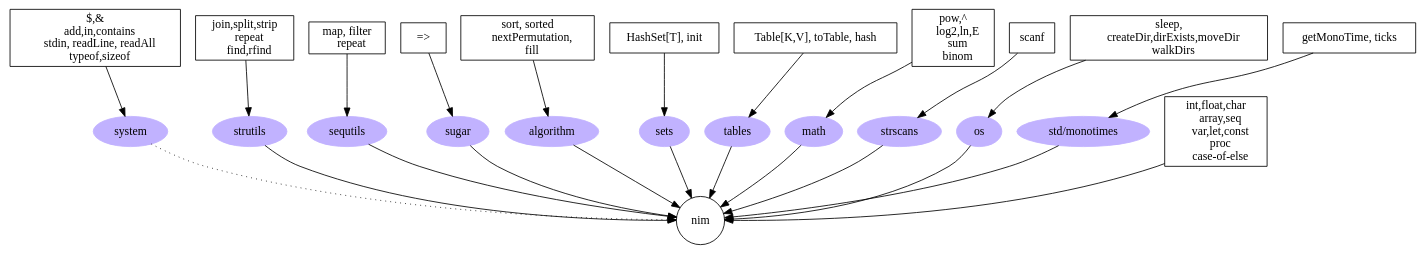
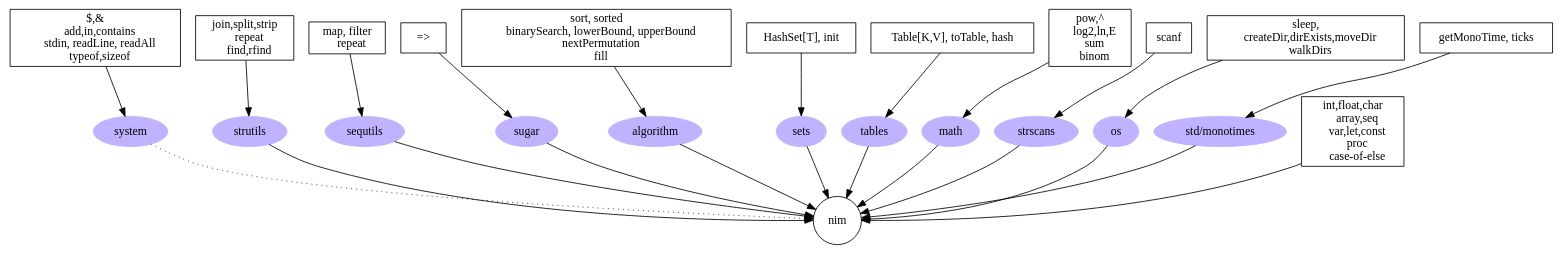
Before and after one commit to czylabsonasa/learnnim: the diagram in graphViz/rajz.gv, drawn with Graphviz. The commit also changed 3 other files, not shown here.

```diff
--- a/graphViz/rajz.gv
+++ b/graphViz/rajz.gv
@@ -1,122 +1,123 @@
 digraph G { 
   nim 
     [shape = circle, URL = "https://nim-lang.org"] ;
   
   system, strutils, 
   sequtils, sugar, 
   algorithm, sets, tables, 
   math, strscans, os, monotimes
     [style = filled, color = "0.7 0.3 1.0"] ;
   
   monotimes [label="std/monotimes"]
 
 
   nim0 [ label = 
     "int,float,char
     array,seq
     var,let,const
     proc
     case-of-else", 
   shape = box ]
   nim0 -> nim ;
   
 /* ************ */
   system -> nim [style = dotted] ;
   system0 [ label = 
     "$,&
     add,in,contains
     stdin, readLine, readAll
     typeof,sizeof", 
   shape = box] ;
   system0 -> system ;
 
 /* ************ */
   strutils -> nim;
   strutils0[ label = 
     "join,split,strip
     repeat
     find,rfind", 
   shape = box] ;
   strutils0 -> strutils ;
 
 /* ************ */
 
   sequtils -> nim;
   sequtils0[ label = 
     "map, filter
     repeat", 
   shape = box] ; 
   sequtils0 -> sequtils;
 
 /* ************ */
   sugar -> nim;
   sugar0[ label = 
     "=>", 
   shape = box ] ; 
   sugar0 -> sugar;
 
 /* ************ */
 
   algorithm -> nim;
   algorithm0[label = 
     "sort, sorted
-    nextPermutation,
+    binarySearch, lowerBound, upperBound
+    nextPermutation
     fill", 
   shape = box ]
   algorithm0 -> algorithm    
 
 /* ************ */
 
   sets -> nim;
   sets0[ label = 
     "HashSet[T], init", 
   shape = box ] ; 
   sets0 -> sets;
 
 
 /* ************ */
   tables -> nim;
   tables0[ label = 
     "Table[K,V], toTable, hash", 
   shape = box ] ; 
   tables0 -> tables;
 
 
 /* ************ */
 
   math -> nim;
   math0[ label = 
     "pow,^
     log2,ln,E
     sum
     binom", 
   shape = box ] ; 
   math0 -> math ;
 
 /* ************ */
 
   strscans -> nim;
   strscans0[ label = 
     "scanf", 
   shape = box ]
   strscans0 -> strscans ;
 
 /* ************ */
 
   os -> nim;
   os0[ label = 
     "sleep,
     createDir,dirExists,moveDir
     walkDirs", 
   shape = box ]
   os0 -> os ;
 
 /* ************ */
 
   monotimes -> nim;
   monotimes0[ label = 
     "getMonoTime, ticks", 
   shape = box ]
   monotimes0 -> monotimes ;
 
 }
```
